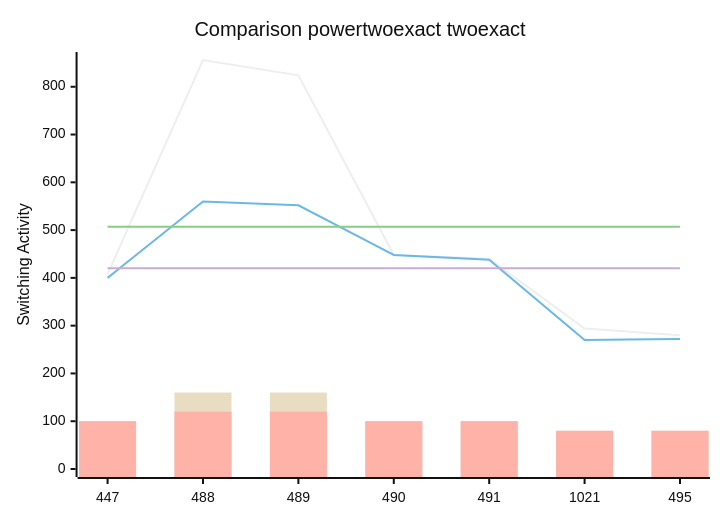
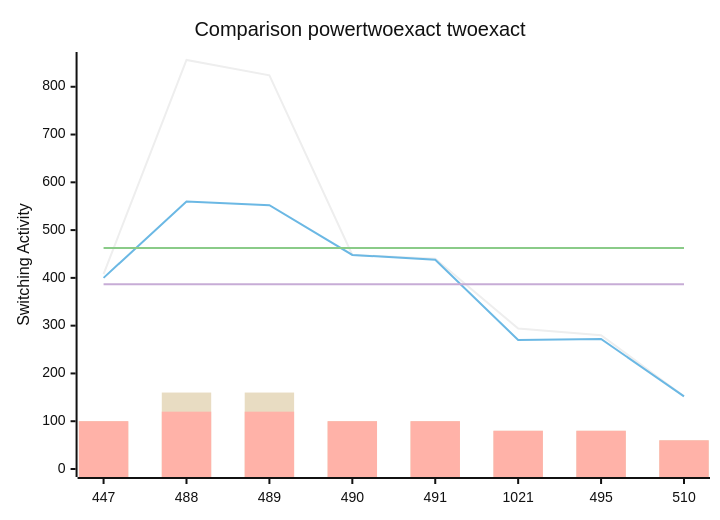
The diagram in benchmark_opt2.md (FeldmeierMichael/Exact-Power-Synthesis), drawn with Mermaid (neutral theme) before and after one commit. The commit also changed other lines of this file, not shown here.

````diff
--- a/benchmark_opt2.md
+++ b/benchmark_opt2.md
@@ -15,12 +17,12 @@
 ```mermaid
 xychart-beta
     title "Comparison powertwoexact twoexact"
-    x-axis [447, 488, 489, 490, 491, 1021, 495]
+    x-axis [447, 488, 489, 490, 491, 1021, 495, 510]
     y-axis "Switching Activity" 0-->856
-    line [408, 856, 824, 448, 440, 294, 280]
-    line [400, 560, 552, 448, 438, 270, 272]
-    line [507.14285714285717, 507.14285714285717, 507.14285714285717, 507.14285714285717, 507.14285714285717, 507.14285714285717, 507.14285714285717]
-    line [420.0, 420.0, 420.0, 420.0, 420.0, 420.0, 420.0]
-    bar [100, 160, 160, 100, 100, 80, 80]
-    bar [100, 120, 120, 100, 100, 80, 80]
+    line [408, 856, 824, 448, 440, 294, 280, 152]
+    line [400, 560, 552, 448, 438, 270, 272, 152]
+    line [462.75, 462.75, 462.75, 462.75, 462.75, 462.75, 462.75, 462.75]
+    line [386.5, 386.5, 386.5, 386.5, 386.5, 386.5, 386.5, 386.5]
+    bar [100, 160, 160, 100, 100, 80, 80, 60]
+    bar [100, 120, 120, 100, 100, 80, 80, 60]
 ```
````
